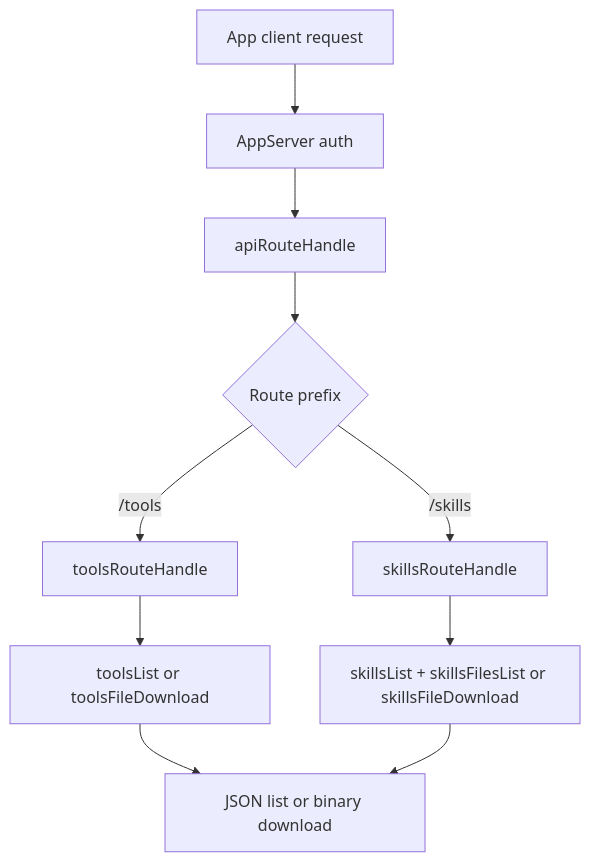
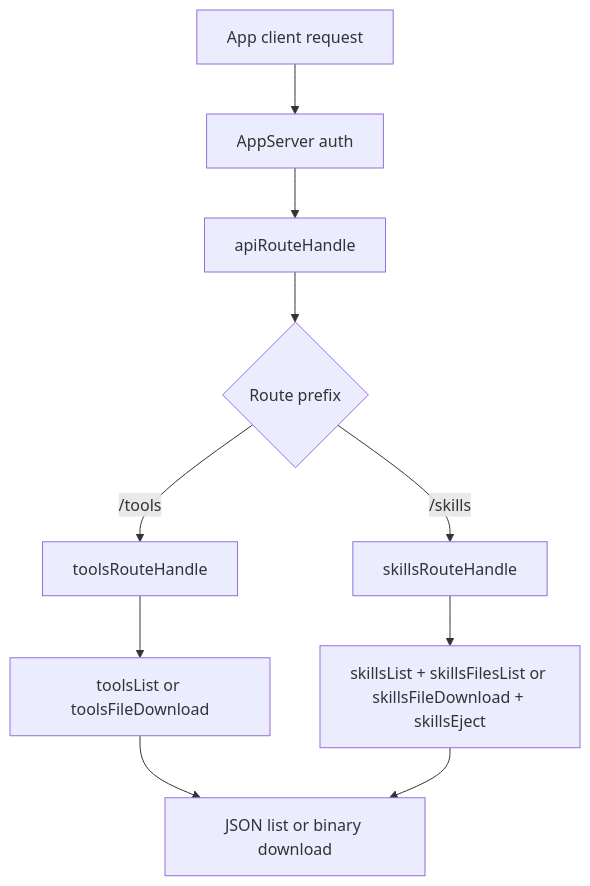
Before and after one commit to ex3ndr/daycare: the diagram in doc/app-api-tools-skills-files.md, drawn with Mermaid. The commit also changed other lines of this file and 31 other files, not shown here.

Commit message:
feat(daycare): add swarm skill ejection and secret copy flows

````diff
--- a/doc/app-api-tools-skills-files.md
+++ b/doc/app-api-tools-skills-files.md
@@ -37,12 +39,12 @@
 ```mermaid
 flowchart TD
     A[App client request] --> B[AppServer auth]
     B --> C[apiRouteHandle]
     C --> D{Route prefix}
     D -->|/tools| E[toolsRouteHandle]
     D -->|/skills| F[skillsRouteHandle]
     E --> G[toolsList or toolsFileDownload]
-    F --> H[skillsList + skillsFilesList or skillsFileDownload]
+    F --> H[skillsList + skillsFilesList or skillsFileDownload + skillsEject]
     G --> I[JSON list or binary download]
     H --> I
 ```
````
